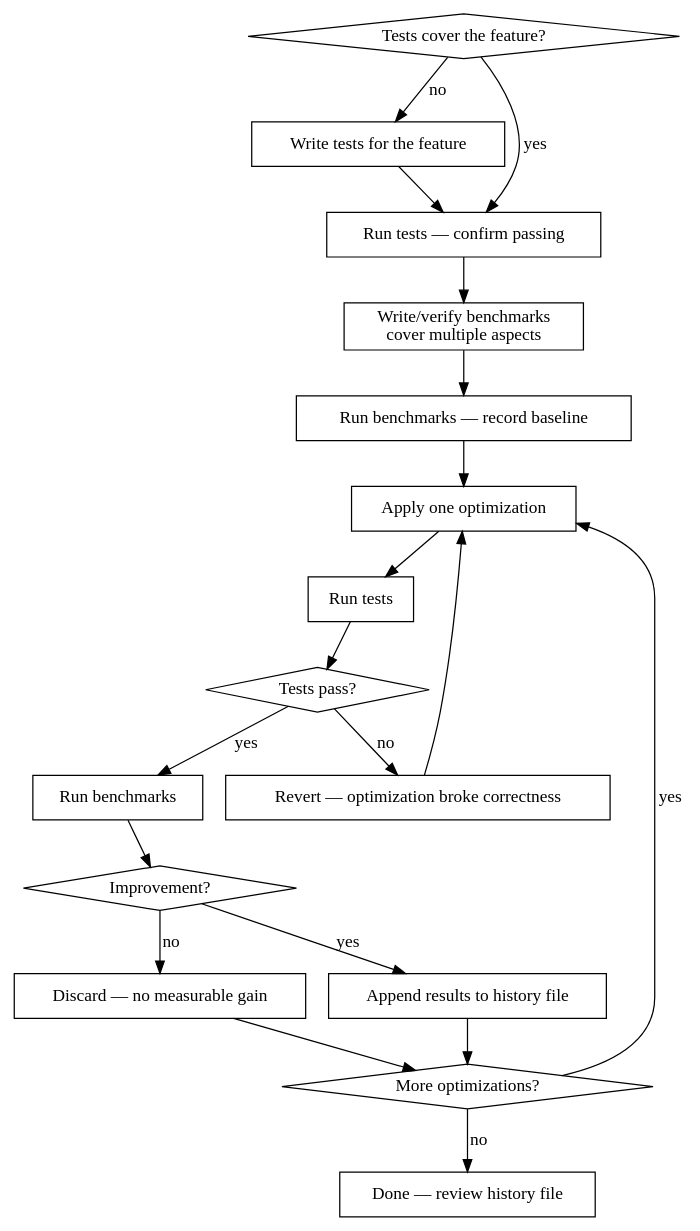
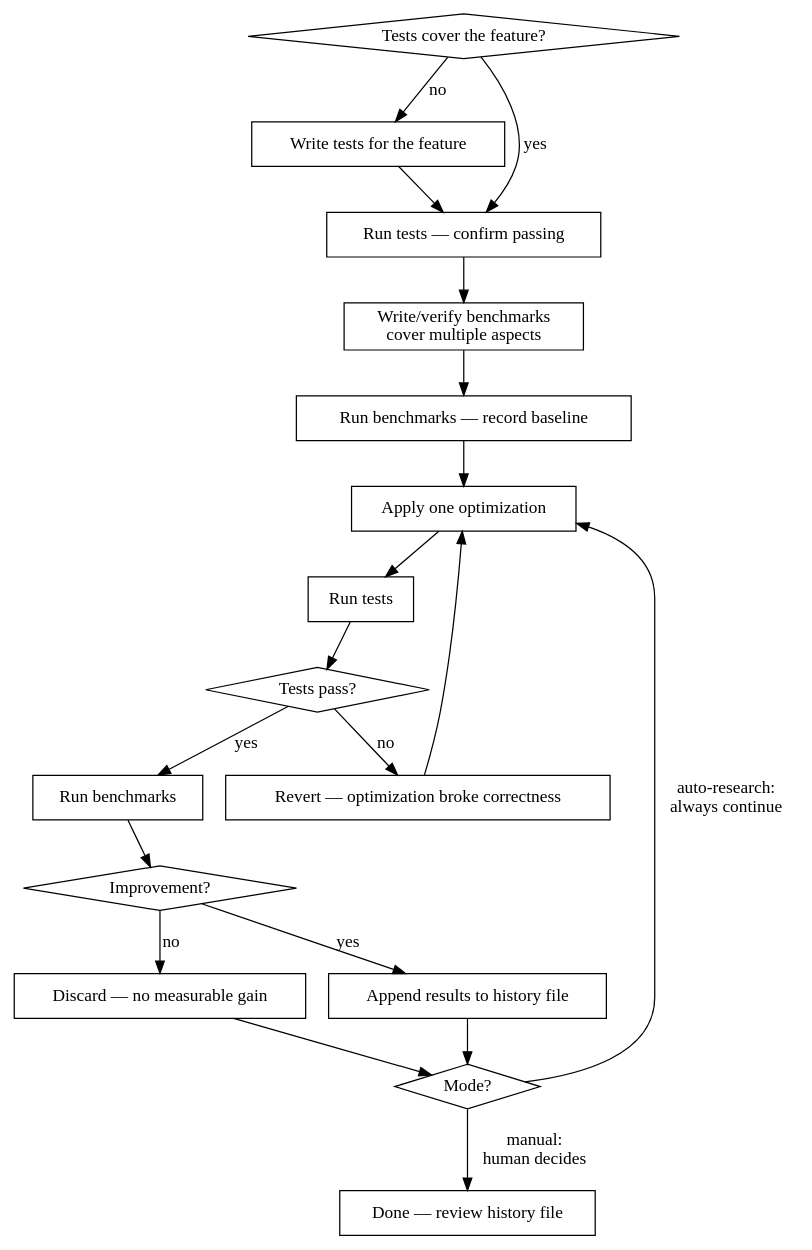
Before and after one commit to ArtificialPB/bignum-kt: the diagram in skills/perf-optimizer/SKILL.md, drawn with Graphviz. The commit also changed other lines of this file and 1 other file, not shown here.

Commit message:
update perf skill with auto-research

````diff
--- a/skills/perf-optimizer/SKILL.md
+++ b/skills/perf-optimizer/SKILL.md
@@ -27,41 +29,41 @@
 ```dot
 digraph perf_flow {
     rankdir=TB;
     node [shape=box];
 
     tests_exist [label="Tests cover the feature?" shape=diamond];
     write_tests [label="Write tests for the feature"];
     run_tests_baseline [label="Run tests — confirm passing"];
     write_benchmarks [label="Write/verify benchmarks\ncover multiple aspects"];
     run_baseline [label="Run benchmarks — record baseline"];
     optimize [label="Apply one optimization"];
     run_tests [label="Run tests"];
     tests_pass [label="Tests pass?" shape=diamond];
     revert [label="Revert — optimization broke correctness"];
     run_bench [label="Run benchmarks"];
     improved [label="Improvement?" shape=diamond];
     append_results [label="Append results to history file"];
     discard [label="Discard — no measurable gain"];
-    more [label="More optimizations?" shape=diamond];
+    mode [label="Mode?" shape=diamond];
     done [label="Done — review history file"];
 
     tests_exist -> write_tests [label="no"];
     tests_exist -> run_tests_baseline [label="yes"];
     write_tests -> run_tests_baseline;
     run_tests_baseline -> write_benchmarks;
     write_benchmarks -> run_baseline;
     run_baseline -> optimize;
     optimize -> run_tests;
     run_tests -> tests_pass;
     tests_pass -> revert [label="no"];
     revert -> optimize;
     tests_pass -> run_bench [label="yes"];
     run_bench -> improved;
     improved -> append_results [label="yes"];
     improved -> discard [label="no"];
-    append_results -> more;
-    discard -> more;
-    more -> optimize [label="yes"];
-    more -> done [label="no"];
+    append_results -> mode;
+    discard -> mode;
+    mode -> optimize [label="auto-research:\nalways continue"];
+    mode -> done [label="manual:\nhuman decides"];
 }
 ```
````
